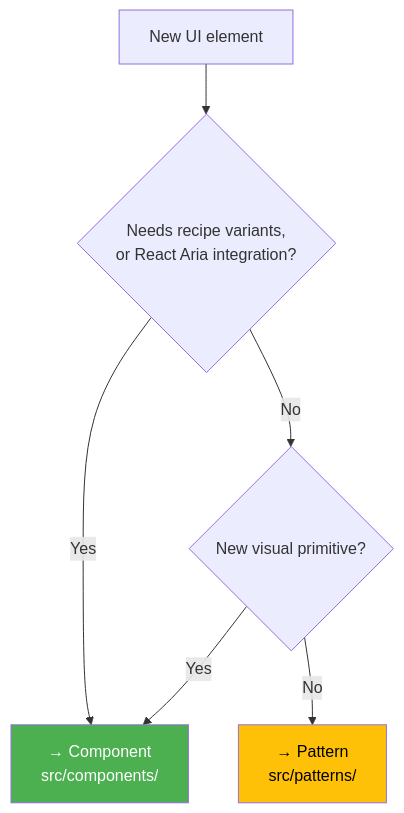
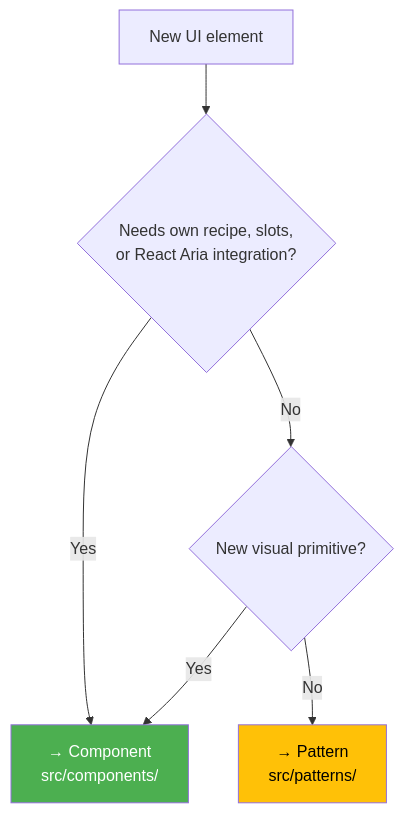
The diagram in docs/file-type-guidelines/component-vs-pattern.md (commercetools/nimbus), drawn with Mermaid before and after one commit. The commit also changed other lines of this file and 16 other files, not shown here.

````diff
--- a/docs/file-type-guidelines/component-vs-pattern.md
+++ b/docs/file-type-guidelines/component-vs-pattern.md
@@ -77,11 +65,11 @@
 ```mermaid
 graph TD
-    Start[New UI element] --> Q1{Needs recipe variants,<br/>or React Aria integration?}
+    Start[New UI element] --> Q1{Needs own recipe, slots,<br/>or React Aria integration?}
     Q1 -->|Yes| Component[→ Component<br/>src/components/]
     Q1 -->|No| Q2{New visual primitive?}
     Q2 -->|Yes| Component
     Q2 -->|No| Pattern[→ Pattern<br/>src/patterns/]
 
     style Component fill:#4CAF50,color:#fff
     style Pattern fill:#FFC107,color:#000
 ```
````
